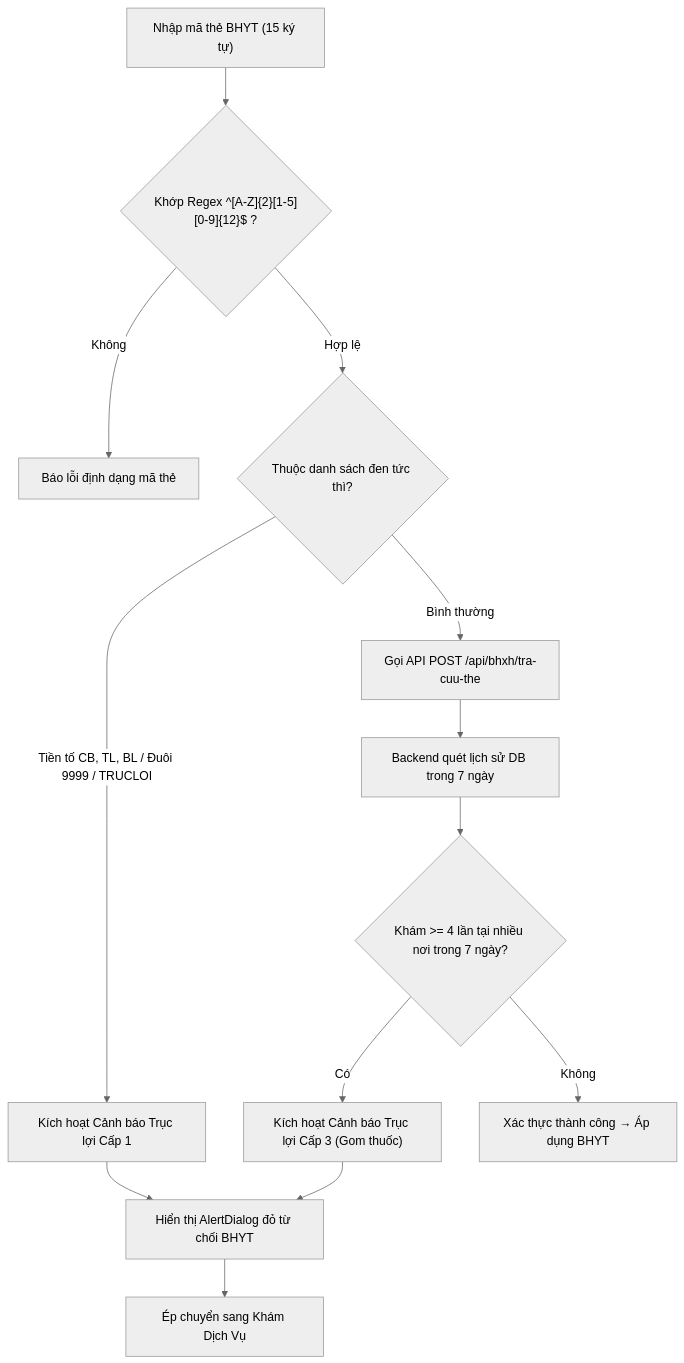
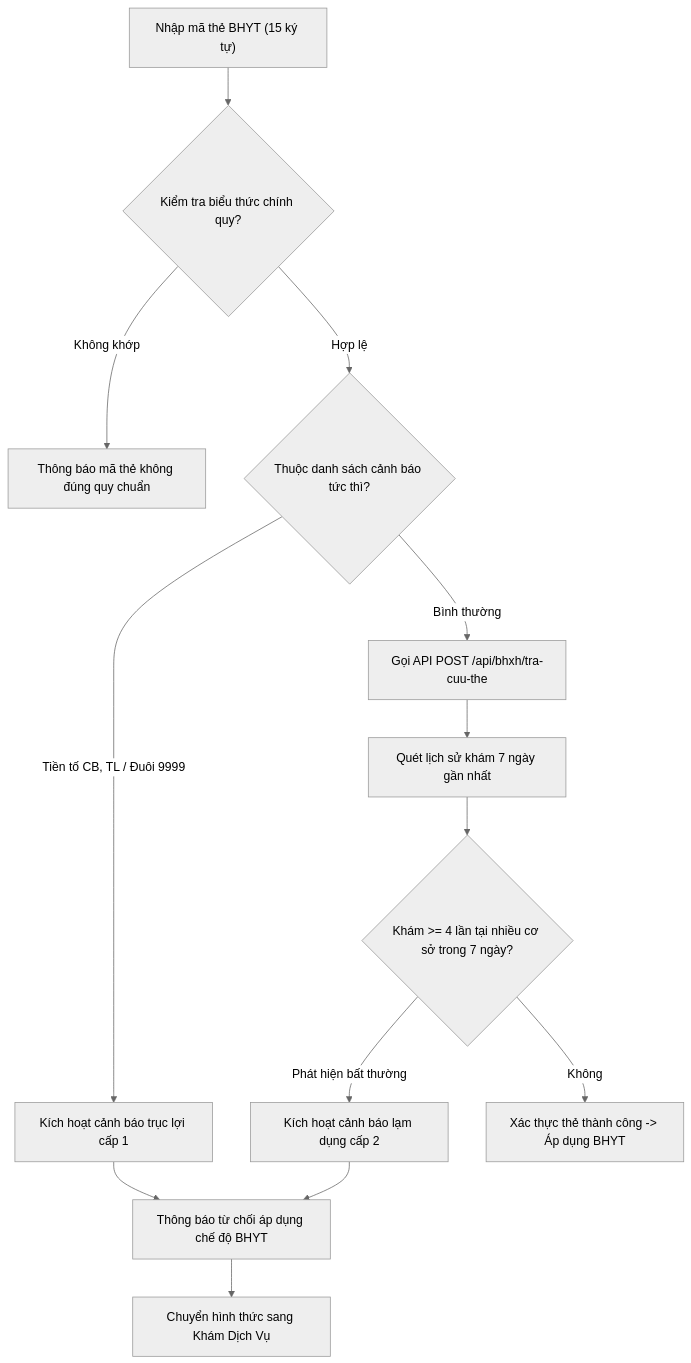
One commit to DangDuyLoi/Clinic_Management changed the third of 3 diagrams in patient_mobile/PATIENT_MOBILE_ARCHITECTURE_AND_LOGIC.md. Above: the diagram before and after it, drawn with Mermaid (neutral theme). The commit also changed other lines of this file and 3 other files, not shown here.

````diff
--- a/patient_mobile/PATIENT_MOBILE_ARCHITECTURE_AND_LOGIC.md
+++ b/patient_mobile/PATIENT_MOBILE_ARCHITECTURE_AND_LOGIC.md
@@ -418,15 +558,15 @@
 ```mermaid
 graph TD
-    A["Nhập mã thẻ BHYT (15 ký tự)"] --> B{"Khớp Regex ^[A-Z]{2}[1-5][0-9]{12}$ ?"}
-    B -->|Không| C["Báo lỗi định dạng mã thẻ"]
-    B -->|Hợp lệ| D{"Thuộc danh sách đen tức thì?"}
-    D -->|Tiền tố CB, TL, BL / Đuôi 9999 / TRUCLOI| E["Kích hoạt Cảnh báo Trục lợi Cấp 1"]
+    A["Nhập mã thẻ BHYT (15 ký tự)"] --> B{"Kiểm tra biểu thức chính quy?"}
+    B -->|Không khớp| C["Thông báo mã thẻ không đúng quy chuẩn"]
+    B -->|Hợp lệ| D{"Thuộc danh sách cảnh báo tức thì?"}
+    D -->|Tiền tố CB, TL / Đuôi 9999| E["Kích hoạt cảnh báo trục lợi cấp 1"]
     D -->|Bình thường| F["Gọi API POST /api/bhxh/tra-cuu-the"]
-    F --> G["Backend quét lịch sử DB trong 7 ngày"]
-    G --> H{"Khám >= 4 lần tại nhiều nơi trong 7 ngày?"}
-    H -->|Có| I["Kích hoạt Cảnh báo Trục lợi Cấp 3 (Gom thuốc)"]
-    H -->|Không| J["Xác thực thành công → Áp dụng BHYT"]
-    E --> K["Hiển thị AlertDialog đỏ từ chối BHYT"]
+    F --> G["Quét lịch sử khám 7 ngày gần nhất"]
+    G --> H{"Khám >= 4 lần tại nhiều cơ sở trong 7 ngày?"}
+    H -->|Phát hiện bất thường| I["Kích hoạt cảnh báo lạm dụng cấp 2"]
+    H -->|Không| J["Xác thực thẻ thành công -> Áp dụng BHYT"]
+    E --> K["Thông báo từ chối áp dụng chế độ BHYT"]
     I --> K
-    K --> L["Ép chuyển sang Khám Dịch Vụ"]
+    K --> L["Chuyển hình thức sang Khám Dịch Vụ"]
 ```
````
